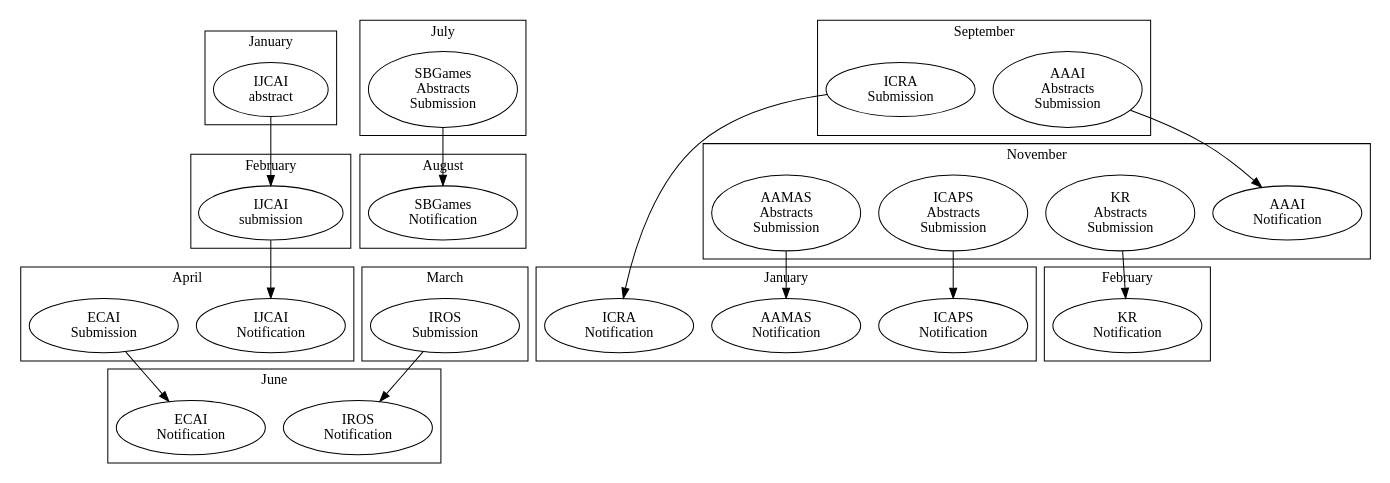
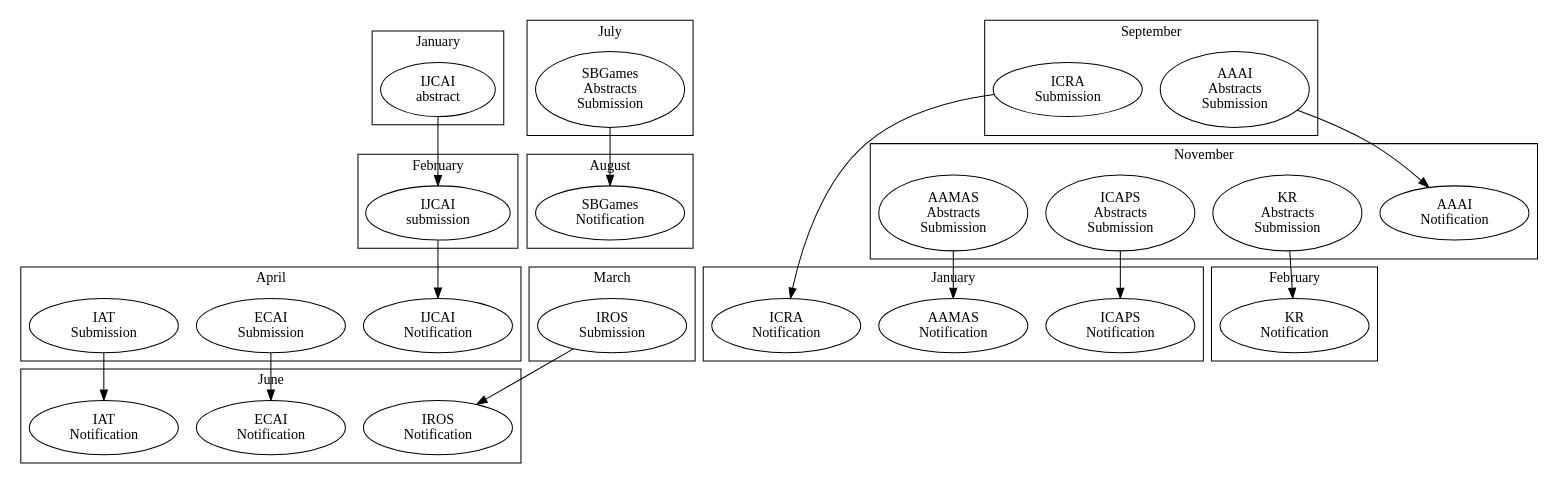
The diagram in noticeboard/conferences.dot (lsa-pucrs/asg-meetings), drawn with Graphviz before and after one commit. The commit also changed 2 other files, not shown here.

```diff
--- a/noticeboard/conferences.dot
+++ b/noticeboard/conferences.dot
@@ -1,131 +1,134 @@
 digraph g{
 	rankdir=TD;
 	
 	subgraph cluster_jan {
 /*			style=filled;*/
 /*			color=lightgrey;*/
 /*			node [style=filled,color=white];*/
 			ijcaiA[label="IJCAI \n abstract"];
 			label = "January";
 	}
 	
 	subgraph cluster_feb {
 /*			style=filled;*/
 /*			color=lightgrey;*/
 /*			node [style=filled,color=white];*/
 			ijcaiS[label="IJCAI \n submission"];
 			label = "February";
 	}
 	
 	subgraph cluster_mar {
 /*			style=filled;*/
 /*			color=lightgrey;*/
 /*			node [style=filled,color=white];*/
 			irosS[label="IROS \n Submission"];
 			label = "March";
 	}
 	
 	subgraph cluster_apr {
 /*			style=filled;*/
 /*			color=lightgrey;*/
 /*			node [style=filled,color=white];*/
 			ijcaiN[label="IJCAI \n Notification"];
 			ecaiS[label="ECAI \n Submission"];
+			iatS[label="IAT \n Submission"];
 			label = "April";
 	}
 	
 	subgraph cluster_may {
 /*			style=filled;*/
 /*			color=lightgrey;*/
 /*			node [style=filled,color=white];*/
 			label = "May";
 	}
 	
 	subgraph cluster_jun {
 /*			style=filled;*/
 /*			color=lightgrey;*/
 /*			node [style=filled,color=white];*/
 			irosN[label="IROS \n Notification"];
 			ecaiN[label="ECAI \n Notification"];
+			iatN[label="IAT \n Notification"];
 			label = "June";
 	}
 	
 	subgraph cluster_jul {
 /*			style=filled;*/
 /*			color=lightgrey;*/
 /*			node [style=filled,color=white];*/
 			sbgamesS[label="SBGames \n Abstracts \n Submission"];
 			label = "July";
 	}
 	
 	subgraph cluster_aug {
 /*			style=filled;*/
 /*			color=lightgrey;*/
 /*			node [style=filled,color=white];*/
 			sbgamesN[label="SBGames \n Notification"];
 			label = "August";
 	}
 	
 	subgraph cluster_sep {
 /*			style=filled;*/
 /*			color=lightgrey;*/
 /*			node [style=filled,color=white];*/
 			icraS[label="ICRA \n Submission"];
 			aaaiS[label="AAAI \n Abstracts \n Submission"];
 			label = "September";
 	}
 	
 	subgraph cluster_oct {
 /*			style=filled;*/
 /*			color=lightgrey;*/
 /*			node [style=filled,color=white];*/
 			label = "October";
 	}
 	
 	subgraph cluster_nov {
 /*			style=filled;*/
 /*			color=lightgrey;*/
 /*			node [style=filled,color=white];*/
 			aaaiN[label="AAAI \n Notification"];
 			krS[label="KR \n Abstracts \n Submission"];
 			icapsS[label="ICAPS \n Abstracts \n Submission"];
 			aamasS[label="AAMAS \n Abstracts \n Submission"];
 			label = "November";
 	}
 
 	subgraph cluster_dec {
 /*			style=filled;*/
 /*			color=lightgrey;*/
 /*			node [style=filled,color=white];*/
 			label = "December";
 	}
 	
 	subgraph cluster_jan2 {
 /*			style=filled;*/
 /*			color=lightgrey;*/
 /*			node [style=filled,color=white];*/
 			icapsN[label="ICAPS \n Notification"];
 			icraN[label="ICRA \n Notification"];
 			aamasN[label="AAMAS \n Notification"];
 			label = "January";
 	}
 	
 	subgraph cluster_feb2 {
 /*			style=filled;*/
 /*			color=lightgrey;*/
 /*			node [style=filled,color=white];*/
 			krN[label="KR \n Notification"]
 	
 			label = "February";
 	}
 	
 	ijcaiA -> ijcaiS -> ijcaiN;
 	krS -> krN;
 	icapsS -> icapsN;
 	icraS -> icraN;
 	aaaiS -> aaaiN;
 	sbgamesS -> sbgamesN;
 	irosS -> irosN;
 	aamasS -> aamasN;
 	ecaiS -> ecaiN;
+	iatS -> iatN;
 }
```
